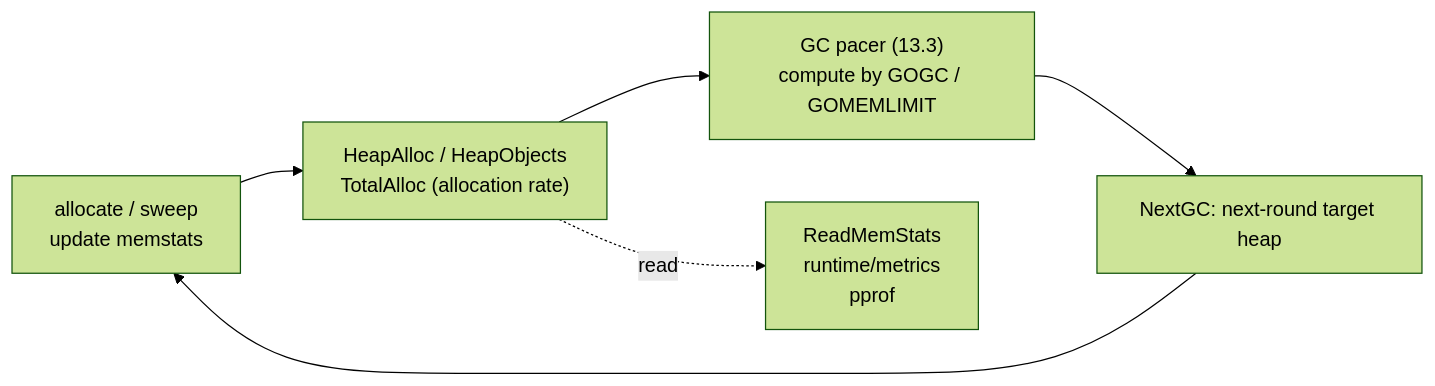
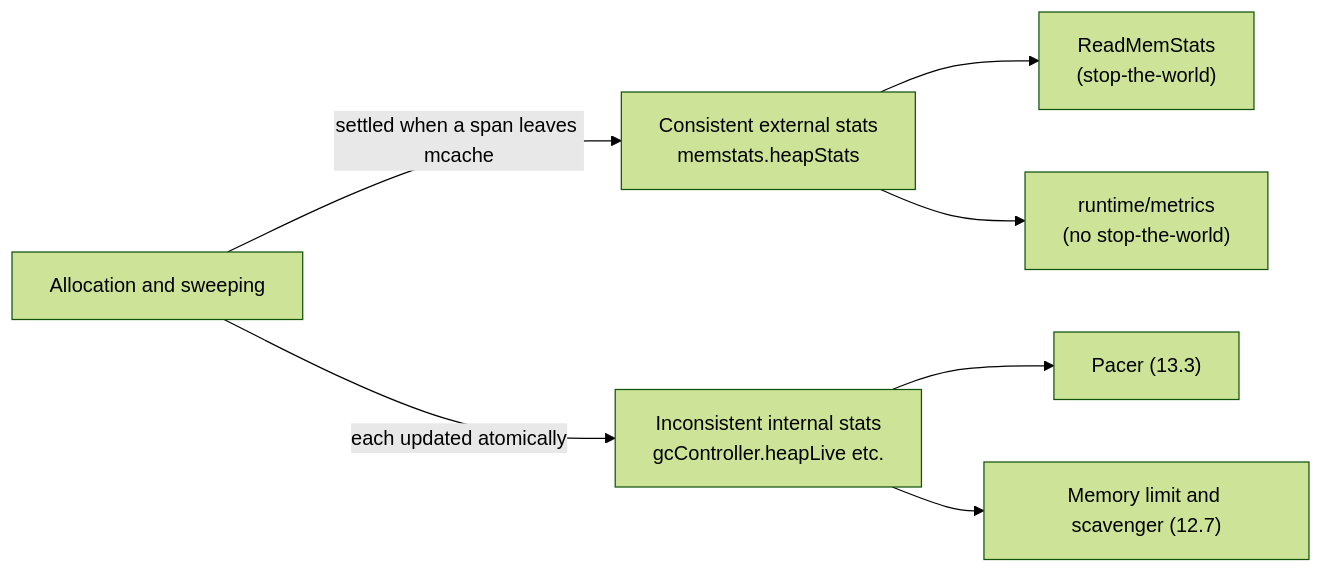
The diagram in book/en-us/part4memory/ch12alloc/mstats.md (golang-design/under-the-hood), drawn with Mermaid (forest theme) before and after one commit. The commit also changed other lines of this file and 30 other files, not shown here.

````diff
--- a/book/en-us/part4memory/ch12alloc/mstats.md
+++ b/book/en-us/part4memory/ch12alloc/mstats.md
@@ -129,8 +198,9 @@
 ```mermaid
 flowchart LR
-    A["allocate / sweep<br/>update memstats"] --> S["HeapAlloc / HeapObjects<br/>TotalAlloc (allocation rate)"]
-    S --> P["GC pacer (13.3)<br/>compute by GOGC / GOMEMLIMIT"]
-    P --> N["NextGC: next-round target heap"]
-    N --> A
-    S -.read.-> R["ReadMemStats<br/>runtime/metrics<br/>pprof"]
+    A["Allocation and sweeping"] -->|"settled when a span leaves mcache"| C["Consistent external stats<br/>memstats.heapStats"]
+    A -->|"each updated atomically"| I["Inconsistent internal stats<br/>gcController.heapLive etc."]
+    C --> R1["ReadMemStats<br/>(stop-the-world)"]
+    C --> R2["runtime/metrics<br/>(no stop-the-world)"]
+    I --> P["Pacer (13.3)"]
+    I --> S["Memory limit and scavenger (12.7)"]
 ```
````
